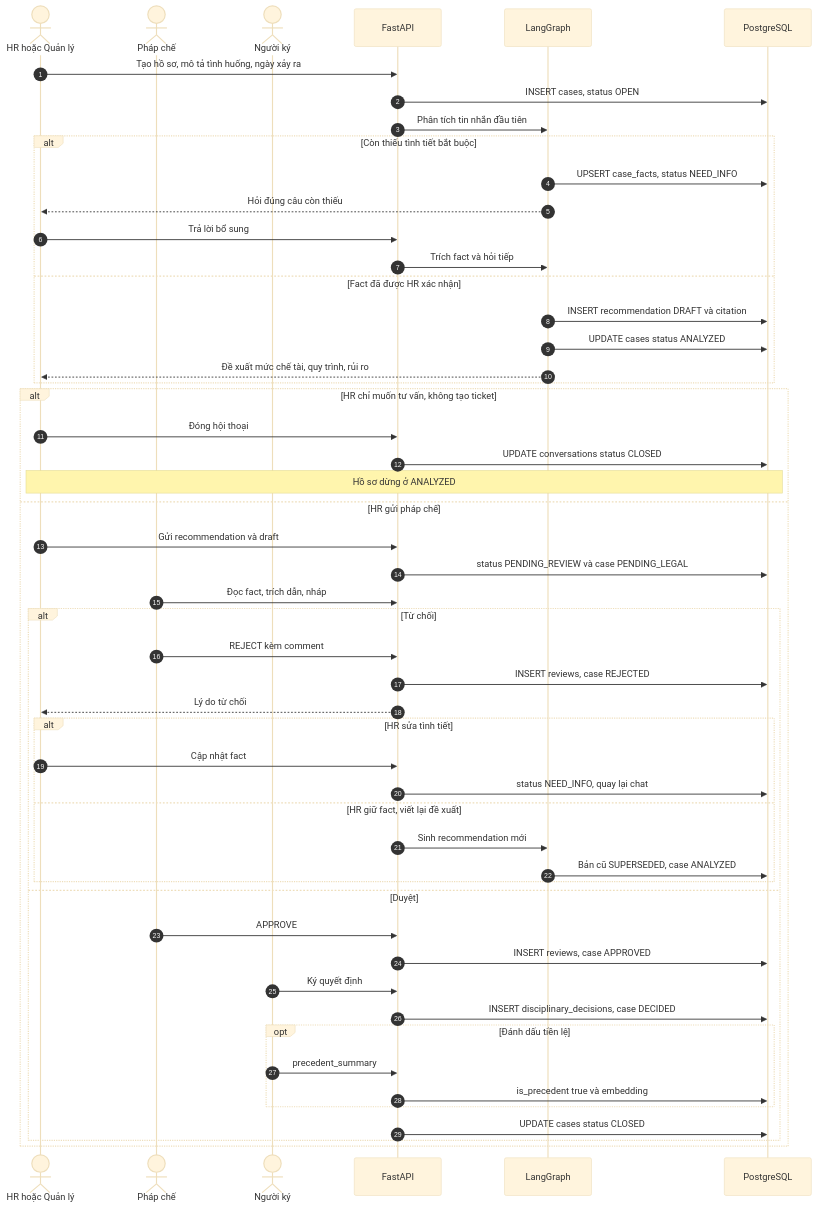
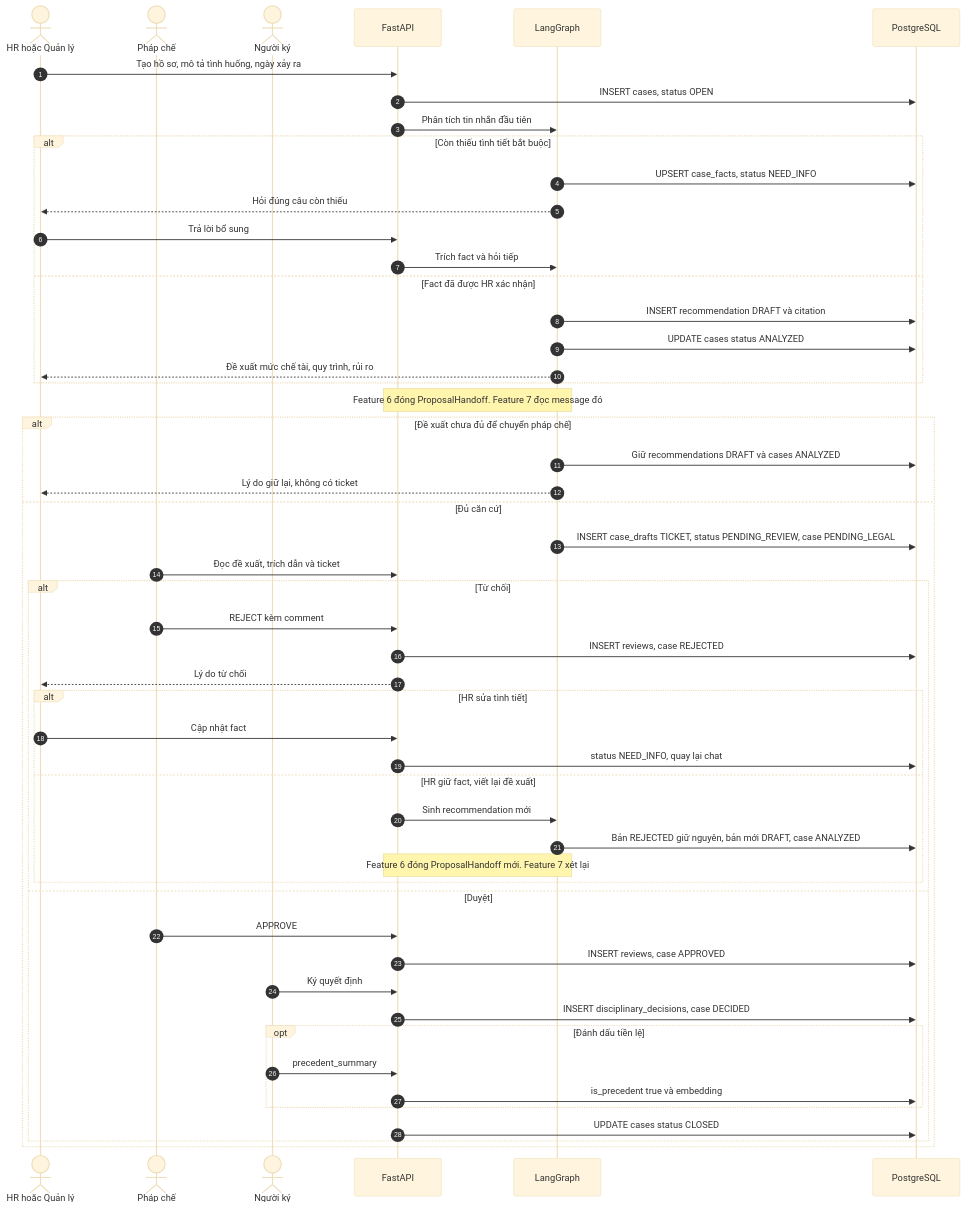
Before and after one commit to Tuan-Nguyen-Minhh/HRHelp: the first of 15 diagrams in docs/features/features.md, drawn with Mermaid (base theme). The commit also changed other lines of this file and 20 other files, not shown here.

Commit message:
feat(proposal): Enhance proposal handling with new draft and dispatch logic

````diff
--- a/docs/features/features.md
+++ b/docs/features/features.md
@@ -64,55 +64,55 @@
 ```mermaid
 sequenceDiagram
     autonumber
     actor HR as HR hoặc Quản lý
     actor LC as Pháp chế
     actor SG as Người ký
     participant API as FastAPI
     participant AG as LangGraph
     participant DB as PostgreSQL
 
     HR->>API: Tạo hồ sơ, mô tả tình huống, ngày xảy ra
     API->>DB: INSERT cases, status OPEN
     API->>AG: Phân tích tin nhắn đầu tiên
     alt Còn thiếu tình tiết bắt buộc
         AG->>DB: UPSERT case_facts, status NEED_INFO
         AG-->>HR: Hỏi đúng câu còn thiếu
         HR->>API: Trả lời bổ sung
         API->>AG: Trích fact và hỏi tiếp
     else Fact đã được HR xác nhận
         AG->>DB: INSERT recommendation DRAFT và citation
         AG->>DB: UPDATE cases status ANALYZED
         AG-->>HR: Đề xuất mức chế tài, quy trình, rủi ro
     end
-    alt HR chỉ muốn tư vấn, không tạo ticket
-        HR->>API: Đóng hội thoại
-        API->>DB: UPDATE conversations status CLOSED
-        Note over HR,DB: Hồ sơ dừng ở ANALYZED
-    else HR gửi pháp chế
-        HR->>API: Gửi recommendation và draft
-        API->>DB: status PENDING_REVIEW và case PENDING_LEGAL
-        LC->>API: Đọc fact, trích dẫn, nháp
+    Note over API,AG: Feature 6 đóng ProposalHandoff. Feature 7 đọc message đó
+    alt Đề xuất chưa đủ để chuyển pháp chế
+        AG->>DB: Giữ recommendations DRAFT và cases ANALYZED
+        AG-->>HR: Lý do giữ lại, không có ticket
+    else Đủ căn cứ
+        AG->>DB: INSERT case_drafts TICKET, status PENDING_REVIEW, case PENDING_LEGAL
+        LC->>API: Đọc đề xuất, trích dẫn và ticket
         alt Từ chối
             LC->>API: REJECT kèm comment
             API->>DB: INSERT reviews, case REJECTED
             API-->>HR: Lý do từ chối
             alt HR sửa tình tiết
                 HR->>API: Cập nhật fact
                 API->>DB: status NEED_INFO, quay lại chat
             else HR giữ fact, viết lại đề xuất
                 API->>AG: Sinh recommendation mới
-                AG->>DB: Bản cũ SUPERSEDED, case ANALYZED
+                AG->>DB: Bản REJECTED giữ nguyên, bản mới DRAFT, case ANALYZED
+                Note over API,AG: Feature 6 đóng ProposalHandoff mới. Feature 7 xét lại
             end
         else Duyệt
             LC->>API: APPROVE
             API->>DB: INSERT reviews, case APPROVED
             SG->>API: Ký quyết định
             API->>DB: INSERT disciplinary_decisions, case DECIDED
             opt Đánh dấu tiền lệ
                 SG->>API: precedent_summary
                 API->>DB: is_precedent true và embedding
             end
             API->>DB: UPDATE cases status CLOSED
         end
     end
 ```
````
